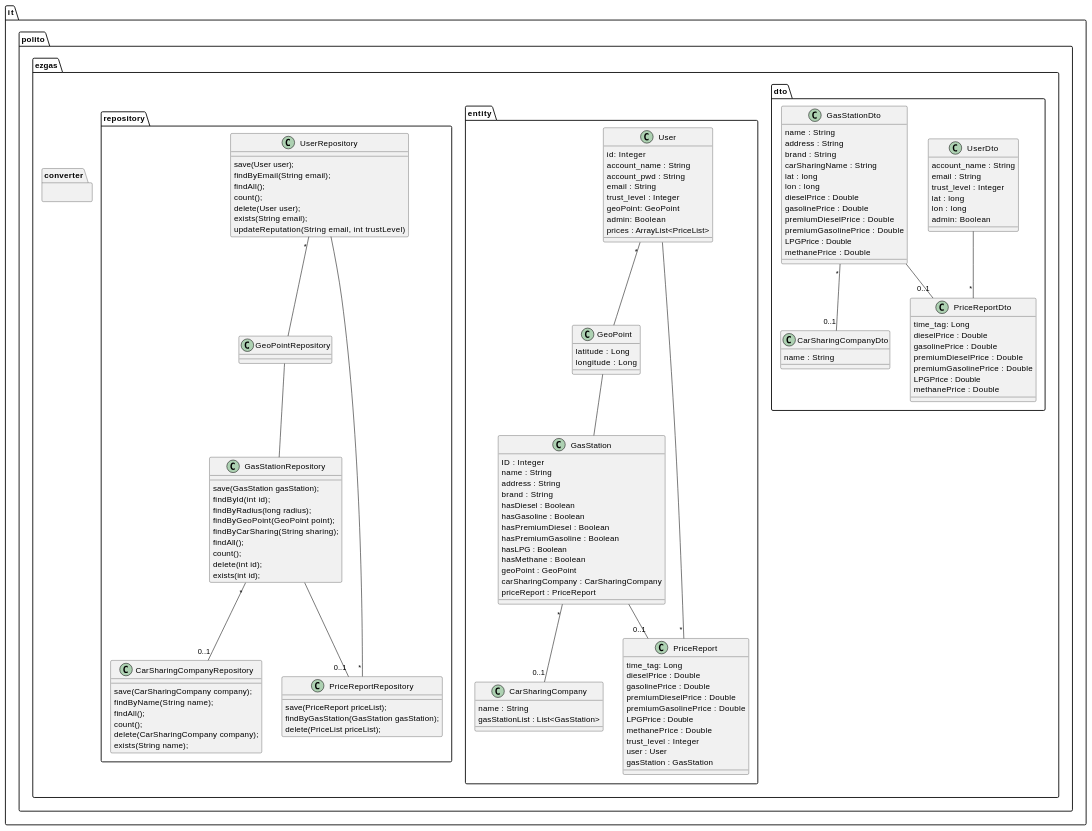
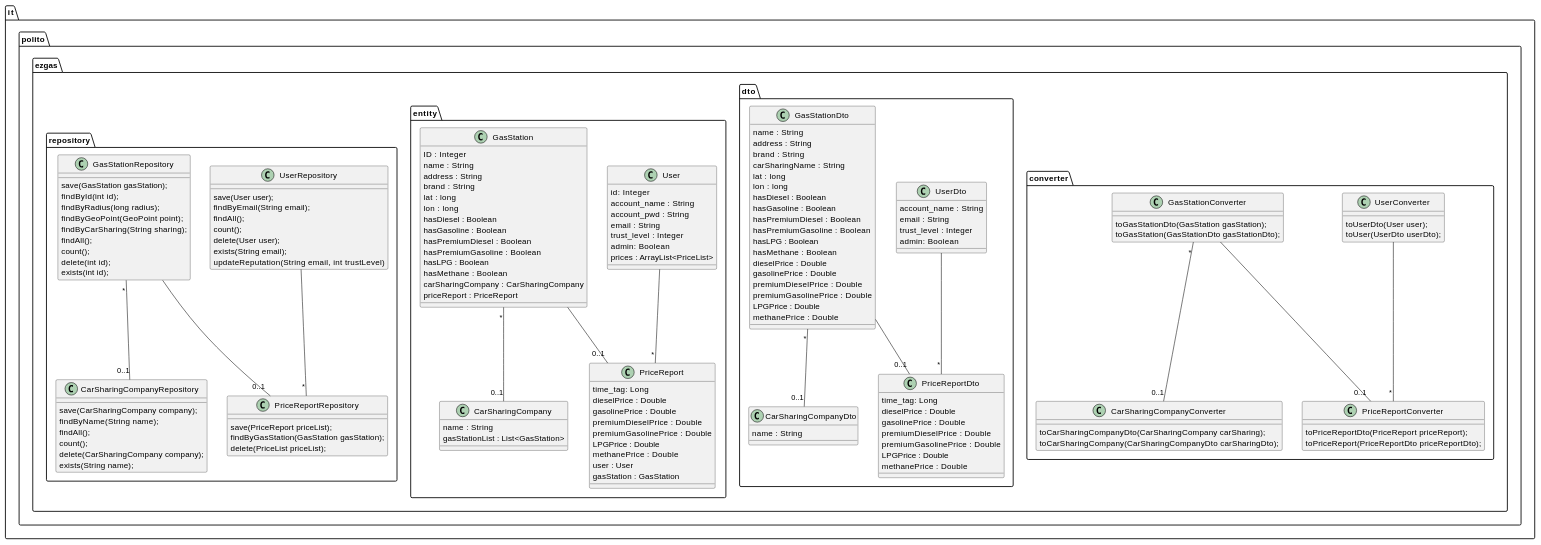
Before and after one commit to peppep97/se1: the fourth of 8 diagrams in docs/DesignDocument.md, drawn with PlantUML. The commit also changed other lines of this file, not shown here.

````diff
--- a/docs/DesignDocument.md
+++ b/docs/DesignDocument.md
@@ -226,7 +226,28 @@
 @startuml
 
 package "it.polito.ezgas.converter" {
+    class UserConverter {
+toUserDto(User user);
+toUser(UserDto userDto);
+}
 
+class GasStationConverter {
+toGasStationDto(GasStation gasStation);
+toGasStation(GasStationDto gasStationDto);
+}
+
+class CarSharingCompanyConverter {
+ toCarSharingCompanyDto(CarSharingCompany carSharing);
+toCarSharingCompany(CarSharingCompanyDto carSharingDto);
+}
+class PriceReportConverter {
+ toPriceReportDto(PriceReport priceReport);
+toPriceReport(PriceReportDto priceReportDto);
+}
+
+GasStationConverter "*" -- "0..1" CarSharingCompanyConverter
+GasStationConverter  -- "0..1" PriceReportConverter
+UserConverter -- "*" PriceReportConverter
 }
 
 package "it.polito.ezgas.dto" {
@@ -235,8 +256,6 @@
  account_name : String
  email : String
  trust_level : Integer
- lat : long
- lon : long
  admin: Boolean
 }
 
@@ -247,6 +266,12 @@
  carSharingName : String
  lat : long
  lon : long
+ hasDiesel : Boolean
+ hasGasoline : Boolean
+ hasPremiumDiesel : Boolean
+ hasPremiumGasoline : Boolean
+ hasLPG : Boolean
+ hasMethane : Boolean
  dieselPrice : Double
  gasolinePrice : Double
  premiumDieselPrice : Double
@@ -282,7 +307,6 @@
  account_pwd : String
  email : String
  trust_level : Integer
- geoPoint: GeoPoint
  admin: Boolean
  prices : ArrayList<PriceList>
 }
@@ -292,20 +316,18 @@
  name : String
  address : String
  brand : String
+ lat : long
+ lon : long
  hasDiesel : Boolean
  hasGasoline : Boolean
  hasPremiumDiesel : Boolean
  hasPremiumGasoline : Boolean
  hasLPG : Boolean
  hasMethane : Boolean
- geoPoint : GeoPoint
  carSharingCompany : CarSharingCompany
  priceReport : PriceReport
 }
-class GeoPoint {
- latitude : Long
- longitude : Long
-}
+
 class CarSharingCompany {
  name : String
  gasStationList : List<GasStation>
@@ -318,7 +340,6 @@
  premiumGasolinePrice : Double
  LPGPrice : Double
  methanePrice : Double
- trust_level : Integer
  user : User
  gasStation : GasStation
 }
@@ -326,8 +347,6 @@
 GasStation "*" -- "0..1" CarSharingCompany
 GasStation  -- "0..1" PriceReport
 User -- "*" PriceReport
-User "*" -- GeoPoint
-GeoPoint -- GasStation
 
 }
 
@@ -353,8 +372,7 @@
     delete(int id);
     exists(int id);
 }
-class GeoPointRepository {
-}
+
 class CarSharingCompanyRepository {
     save(CarSharingCompany company);
     findByName(String name);
@@ -372,8 +390,6 @@
 GasStationRepository "*" -- "0..1" CarSharingCompanyRepository
 GasStationRepository  -- "0..1" PriceReportRepository
 UserRepository -- "*" PriceReportRepository
-UserRepository "*" -- GeoPointRepository
-GeoPointRepository -- GasStationRepository
 }
 
 ```
````
